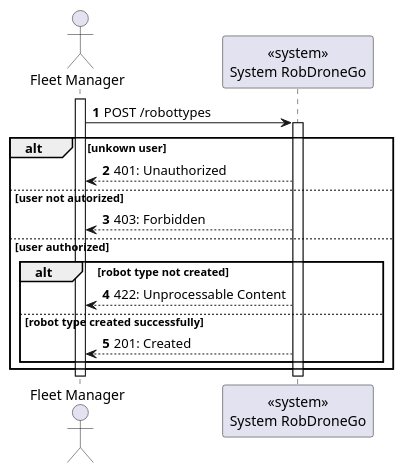
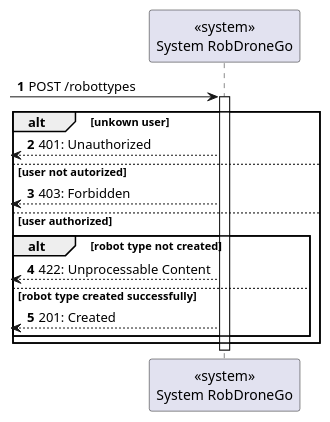
The diagram in docs/us350/level1/process-view.puml (Departamento-de-Engenharia-Informatica/lapr5-23-24-g19), drawn with PlantUML before and after one commit. The commit also changed 5 other files, not shown here.

```diff
--- a/docs/us350/level1/process-view.puml
+++ b/docs/us350/level1/process-view.puml
@@ -1,27 +1,26 @@
 @startuml
 autonumber
 
-actor "Fleet Manager" as actor
+
 participant "<<system>>\nSystem RobDroneGo" as sys
 
-activate actor
-    actor -> sys: POST /robottypes
+
+    [-> sys: POST /robottypes
 
     activate sys
     alt unkown user
-        sys --> actor : 401: Unauthorized
+        [<-- sys : 401: Unauthorized
     else user not autorized
-        sys --> actor : 403: Forbidden
+        [<-- sys : 403: Forbidden
     else user authorized
         alt robot type not created
-            sys --> actor : 422: Unprocessable Content
+            [<-- sys : 422: Unprocessable Content
         else robot type created successfully
-            sys --> actor : 201: Created
+            [<-- sys : 201: Created
         end
     end
 
     deactivate sys
-deactivate actor
 
 
 @enduml
```
